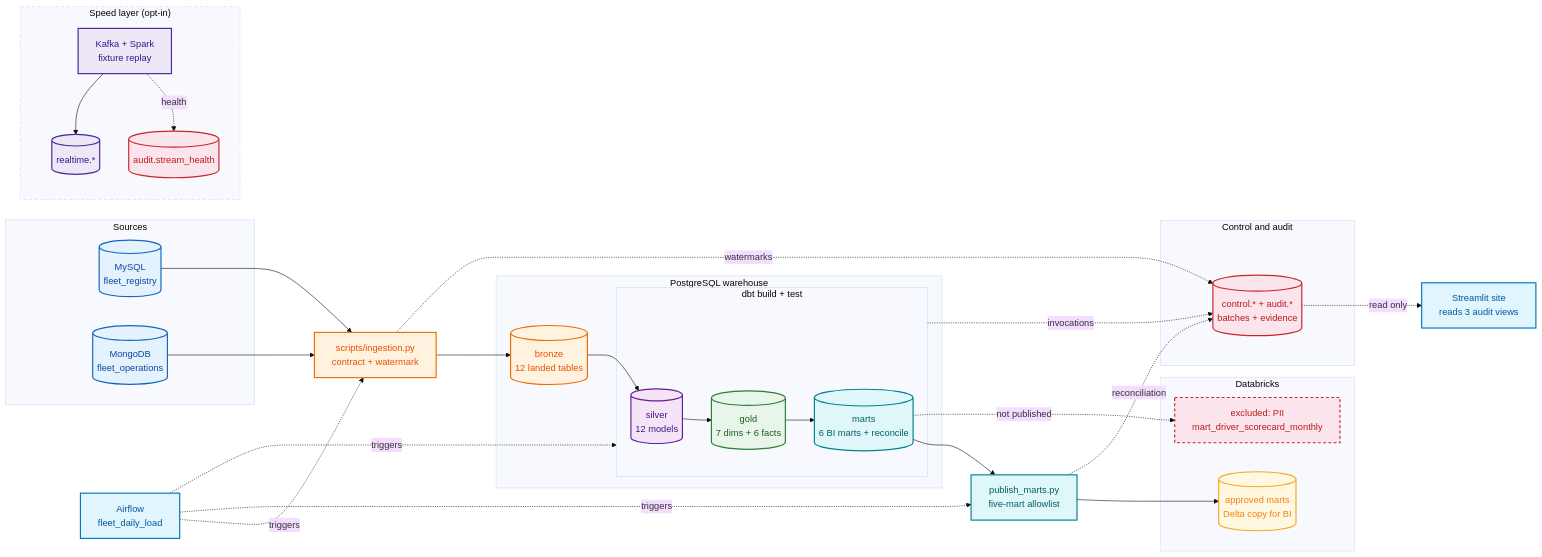
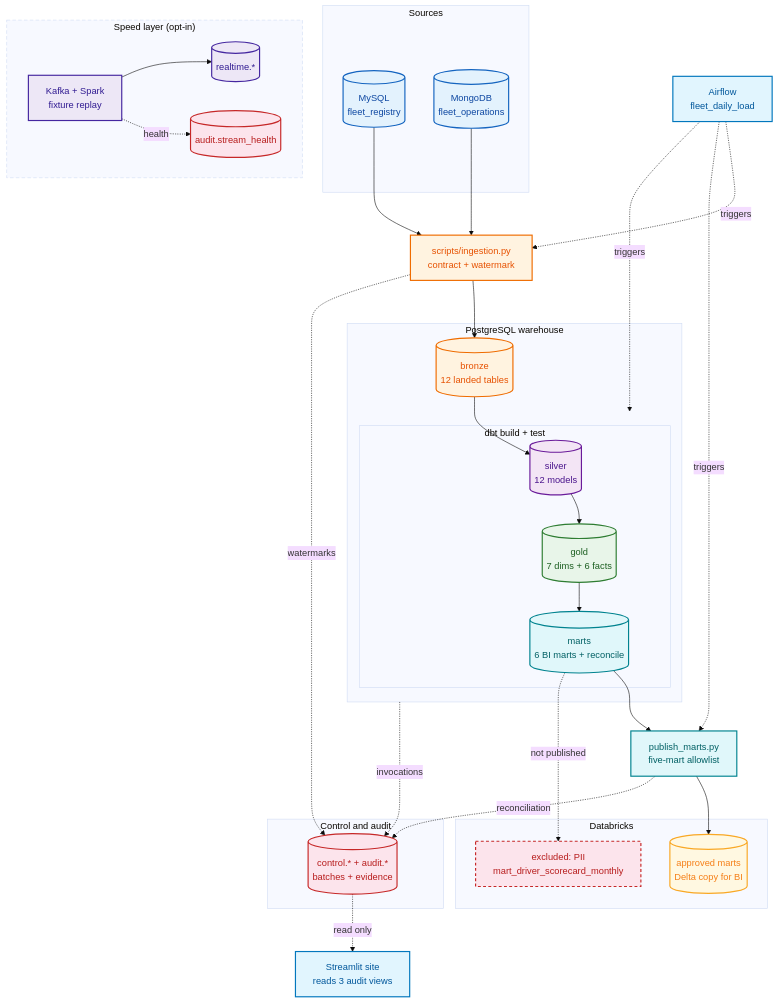
The first of 2 diagrams in README.md (Nitinx12/Fleet-dbt-warehouse), drawn with Mermaid (base theme) before and after one commit.

Commit message:
Fix mermaid diagram flow direction in README

````diff
--- a/README.md
+++ b/README.md
@@ -61,71 +61,71 @@
 ```mermaid
-flowchart LR
+flowchart TD
   classDef src fill:#e3f2fd,stroke:#1565c0,stroke-width:2px,color:#0d47a1
   classDef bronze fill:#fff3e0,stroke:#ef6c00,stroke-width:2px,color:#e65100
   classDef silver fill:#f3e5f5,stroke:#6a1b9a,stroke-width:2px,color:#4a148c
   classDef gold fill:#e8f5e9,stroke:#2e7d32,stroke-width:2px,color:#1b5e20
   classDef mart fill:#e0f7fa,stroke:#00838f,stroke-width:2px,color:#006064
   classDef bi fill:#fff8e1,stroke:#f9a825,stroke-width:2px,color:#f57f17
   classDef ctrl fill:#fce4ec,stroke:#c62828,stroke-width:2px,color:#b71c1c
   classDef orch fill:#e1f5fe,stroke:#0277bd,stroke-width:2px,color:#01579b
   classDef speed fill:#ede7f6,stroke:#4527a0,stroke-width:2px,color:#311b92
   classDef blocked fill:#fce4ec,stroke:#c62828,stroke-width:2px,stroke-dasharray:5 4,color:#b71c1c
 
   AF["Airflow<br/>fleet_daily_load"]:::orch
 
   subgraph sources["Sources"]
     MYSQL[("MySQL<br/>fleet_registry")]:::src
     MONGO[("MongoDB<br/>fleet_operations")]:::src
   end
 
   ING["scripts/ingestion.py<br/>contract + watermark"]:::bronze
 
   subgraph warehouse["PostgreSQL warehouse"]
     BRONZE[("bronze<br/>12 landed tables")]:::bronze
     subgraph dbt["dbt build + test"]
       SILVER[("silver<br/>12 models")]:::silver
       GOLD[("gold<br/>7 dims + 6 facts")]:::gold
       MARTS[("marts<br/>6 BI marts + reconcile")]:::mart
     end
   end
 
   PUB["publish_marts.py<br/>five-mart allowlist"]:::mart
 
   subgraph databricks["Databricks"]
     DATABRICKS[("approved marts<br/>Delta copy for BI")]:::bi
     BLOCKED["excluded: PII<br/>mart_driver_scorecard_monthly"]:::blocked
   end
 
   subgraph control_audit["Control and audit"]
     CTRL[("control.* + audit.*<br/>batches + evidence")]:::ctrl
   end
 
   STREAMLIT["Streamlit site<br/>reads 3 audit views"]:::orch
 
   subgraph speed["Speed layer (opt-in)"]
     SPEED["Kafka + Spark<br/>fixture replay"]:::speed
     REALTIME[("realtime.*")]:::speed
     STREAMHEALTH[("audit.stream_health")]:::ctrl
   end
 
   MYSQL --> ING
   MONGO --> ING
   ING --> BRONZE
   BRONZE --> SILVER --> GOLD --> MARTS
   MARTS --> PUB --> DATABRICKS
   MARTS -. "not published" .-> BLOCKED
 
   AF -. triggers .-> ING
   AF -. triggers .-> dbt
   AF -. triggers .-> PUB
 
   ING -. watermarks .-> CTRL
   dbt -. invocations .-> CTRL
   PUB -. reconciliation .-> CTRL
   CTRL -. read only .-> STREAMLIT
 
   SPEED --> REALTIME
   SPEED -. health .-> STREAMHEALTH
 
   style speed stroke-dasharray:6 4
 ```
````
